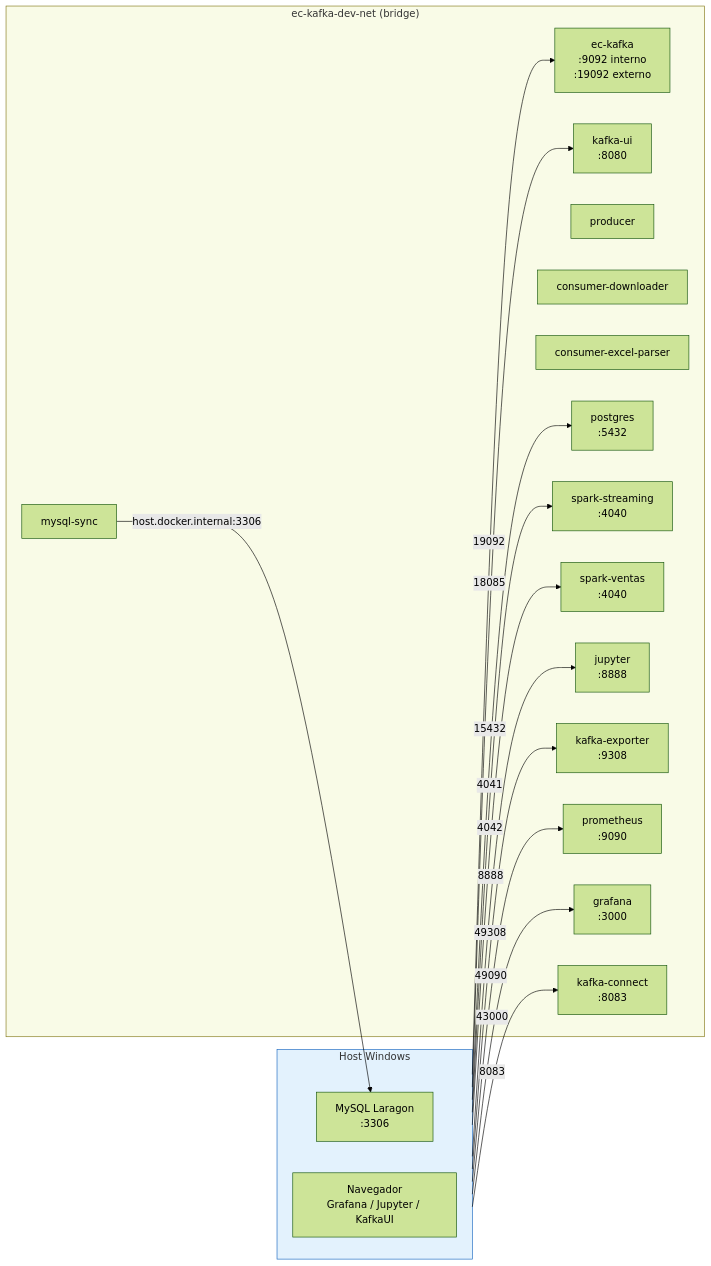
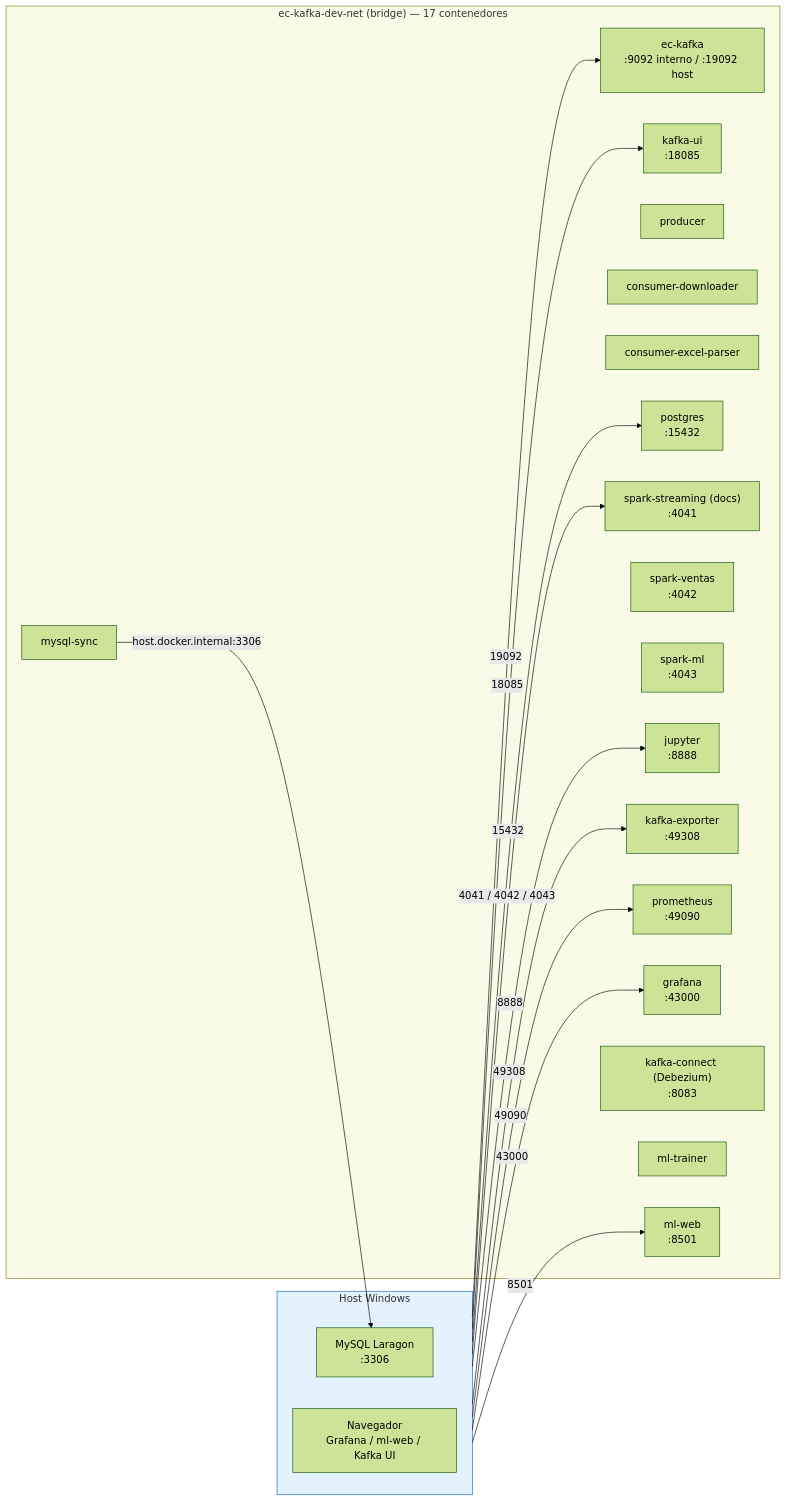
Before and after one commit to AlessandroPastor/BigData: the second of 2 diagrams in docs/arquitectura/index.md, drawn with Mermaid (forest theme). The commit also changed other lines of this file and 28 other files, not shown here.

````diff
--- a/docs/arquitectura/index.md
+++ b/docs/arquitectura/index.md
@@ -132,39 +141,41 @@
 ```mermaid
 graph LR
     subgraph HOST["Host Windows"]
         LARAGON["MySQL Laragon\n:3306"]
-        BROWSER["Navegador\nGrafana / Jupyter / KafkaUI"]
+        BROWSER["Navegador\nGrafana / ml-web / Kafka UI"]
     end
 
-    subgraph DOCKER["ec-kafka-dev-net (bridge)"]
-        KAFKA["ec-kafka\n:9092 interno\n:19092 externo"]
-        KUI["kafka-ui\n:8080"]
+    subgraph DOCKER["ec-kafka-dev-net (bridge) — 17 contenedores"]
+        KAFKA["ec-kafka\n:9092 interno / :19092 host"]
+        KUI["kafka-ui\n:18085"]
         PROD2["producer"]
         CDL["consumer-downloader"]
         CPR["consumer-excel-parser"]
-        PG2["postgres\n:5432"]
-        SP1B["spark-streaming\n:4040"]
-        SP2B["spark-ventas\n:4040"]
+        PG2["postgres\n:15432"]
+        SP1B["spark-streaming (docs)\n:4041"]
+        SP2B["spark-ventas\n:4042"]
+        SP3B["spark-ml\n:4043"]
         JUP["jupyter\n:8888"]
-        EXP2["kafka-exporter\n:9308"]
-        PROM2["prometheus\n:9090"]
-        GF2["grafana\n:3000"]
-        KC2["kafka-connect\n:8083"]
+        EXP2["kafka-exporter\n:49308"]
+        PROM2["prometheus\n:49090"]
+        GF2["grafana\n:43000"]
+        KC2["kafka-connect (Debezium)\n:8083"]
         MS["mysql-sync"]
+        MLT2["ml-trainer"]
+        MLW2["ml-web\n:8501"]
     end
 
     HOST -->|"19092"| KAFKA
     HOST -->|"18085"| KUI
     HOST -->|"15432"| PG2
-    HOST -->|"4041"| SP1B
-    HOST -->|"4042"| SP2B
+    HOST -->|"4041 / 4042 / 4043"| SP1B
     HOST -->|"8888"| JUP
     HOST -->|"49308"| EXP2
     HOST -->|"49090"| PROM2
     HOST -->|"43000"| GF2
-    HOST -->|"8083"| KC2
+    HOST -->|"8501"| MLW2
     MS -->|"host.docker.internal:3306"| LARAGON
 
     style HOST fill:#E3F2FD,stroke:#1565C0
     style DOCKER fill:#F9FBE7,stroke:#827717
 ```
````
